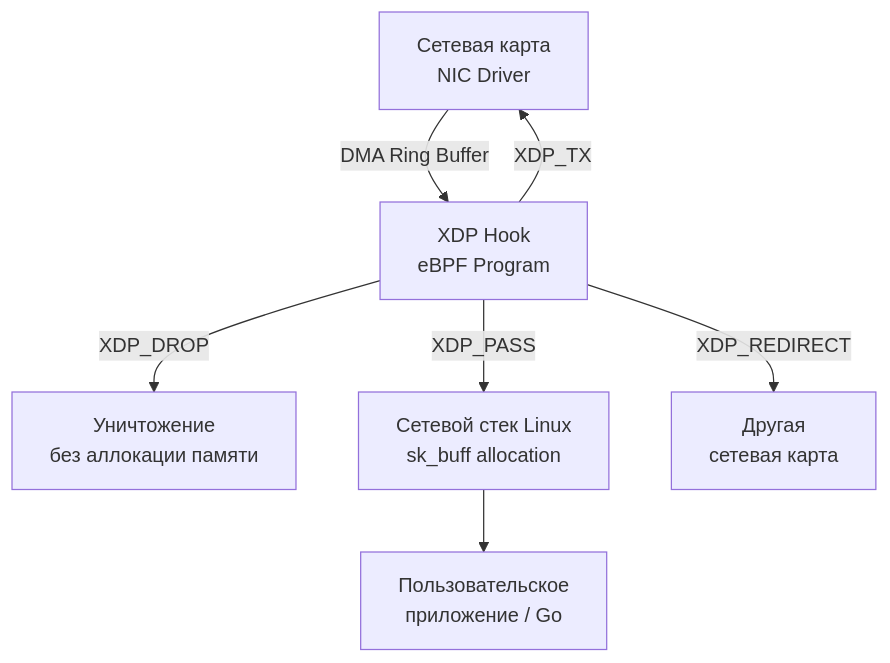
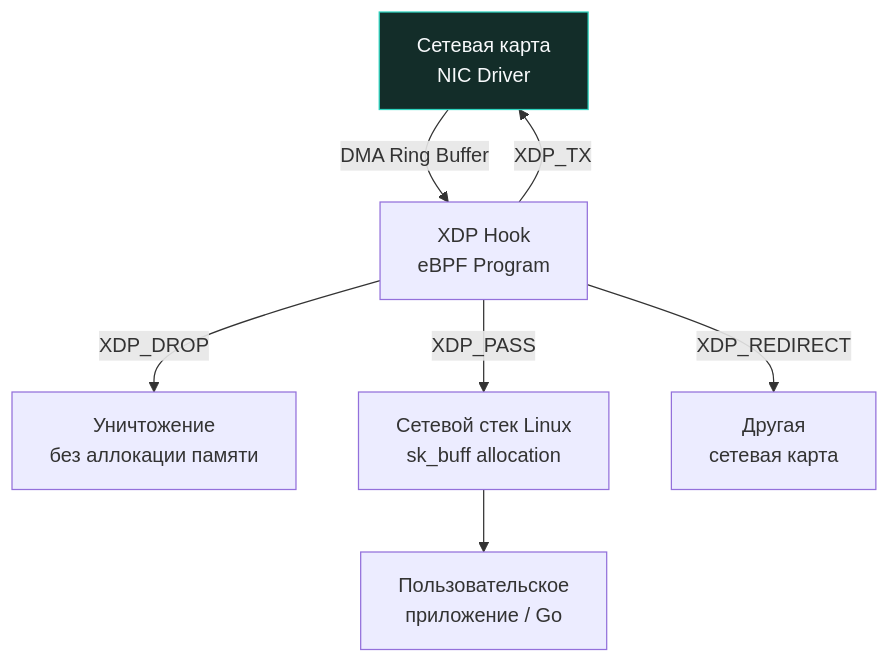
One commit to UnrealTemplier/go-textbook changed the second of 2 diagrams in sources/3. Компьютерные сети и сетевой стек/36. eBPF и XDP для анализа и ускорения сетевого трафика.md. Above: the diagram before and after it, drawn with Mermaid. The commit also changed other lines of this file and 1666 other files, not shown here.

First line of the commit message:
feat(mermaid): add semantic color classDef to 1369 colorless flowchart/graph diagrams

````diff
--- a/sources/3. Компьютерные сети и сетевой стек/36. eBPF и XDP для анализа и ускорения сетевого трафика.md
+++ b/sources/3. Компьютерные сети и сетевой стек/36. eBPF и XDP для анализа и ускорения сетевого трафика.md
@@ -85,9 +95,19 @@
 ```mermaid
 flowchart TD
-    NIC[Сетевая карта<br>NIC Driver] -->|DMA Ring Buffer| XDP[XDP Hook<br>eBPF Program]
+    classDef process  fill:#1e293b,stroke:#38bdf8,stroke-width:1px,color:#f8fafc
+    classDef success  fill:#064e3b,stroke:#34d399,stroke-width:1px,color:#f8fafc
+    classDef error    fill:#7f1d1d,stroke:#f87171,stroke-width:1px,color:#f8fafc
+    classDef warning  fill:#78350f,stroke:#fbbf24,stroke-width:1px,color:#f8fafc
+    classDef entry    fill:#1e3a5f,stroke:#38bdf8,stroke-width:2px,color:#f8fafc
+    classDef aux      fill:#334155,stroke:#64748b,stroke-width:1px,color:#f8fafc
+    classDef system   fill:#312e81,stroke:#a78bfa,stroke-width:1px,color:#f8fafc
+    classDef data     fill:#132d29,stroke:#2dd4bf,stroke-width:1px,color:#f8fafc
+    classDef network  fill:#881337,stroke:#fb7185,stroke-width:1px,color:#f8fafc
+    classDef accent   fill:#1e1b4b,stroke:#818cf8,stroke-width:1px,color:#f8fafc
+    NIC[Сетевая карта<br>NIC Driver]:::data -->|DMA Ring Buffer| XDP[XDP Hook<br>eBPF Program]
     XDP -->|XDP_DROP| Drop[Уничтожение<br>без аллокации памяти]
     XDP -->|XDP_PASS| Stack[Сетевой стек Linux<br>sk_buff allocation]
     Stack --> Userspace[Пользовательское<br>приложение / Go]
     XDP -->|XDP_TX| NIC
     XDP -->|XDP_REDIRECT| NIC2[Другая<br>сетевая карта]
 ```
````
